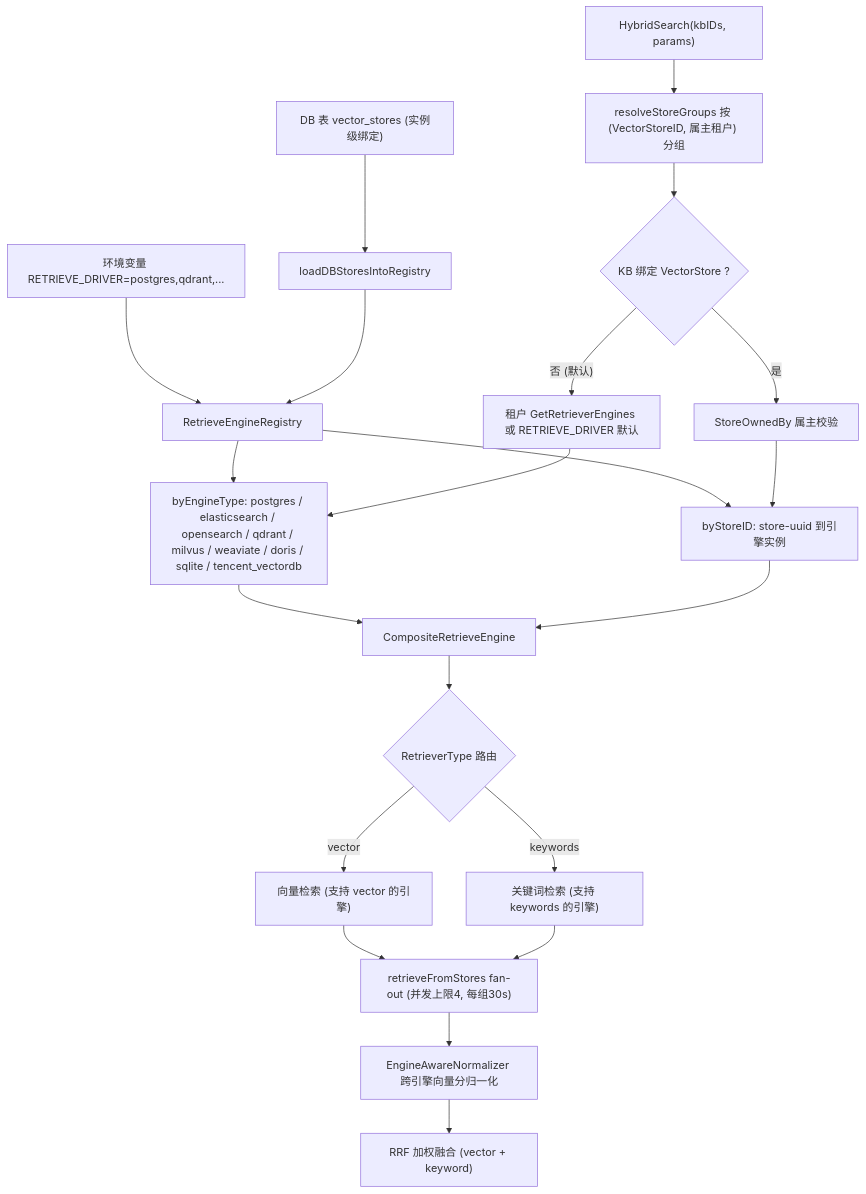
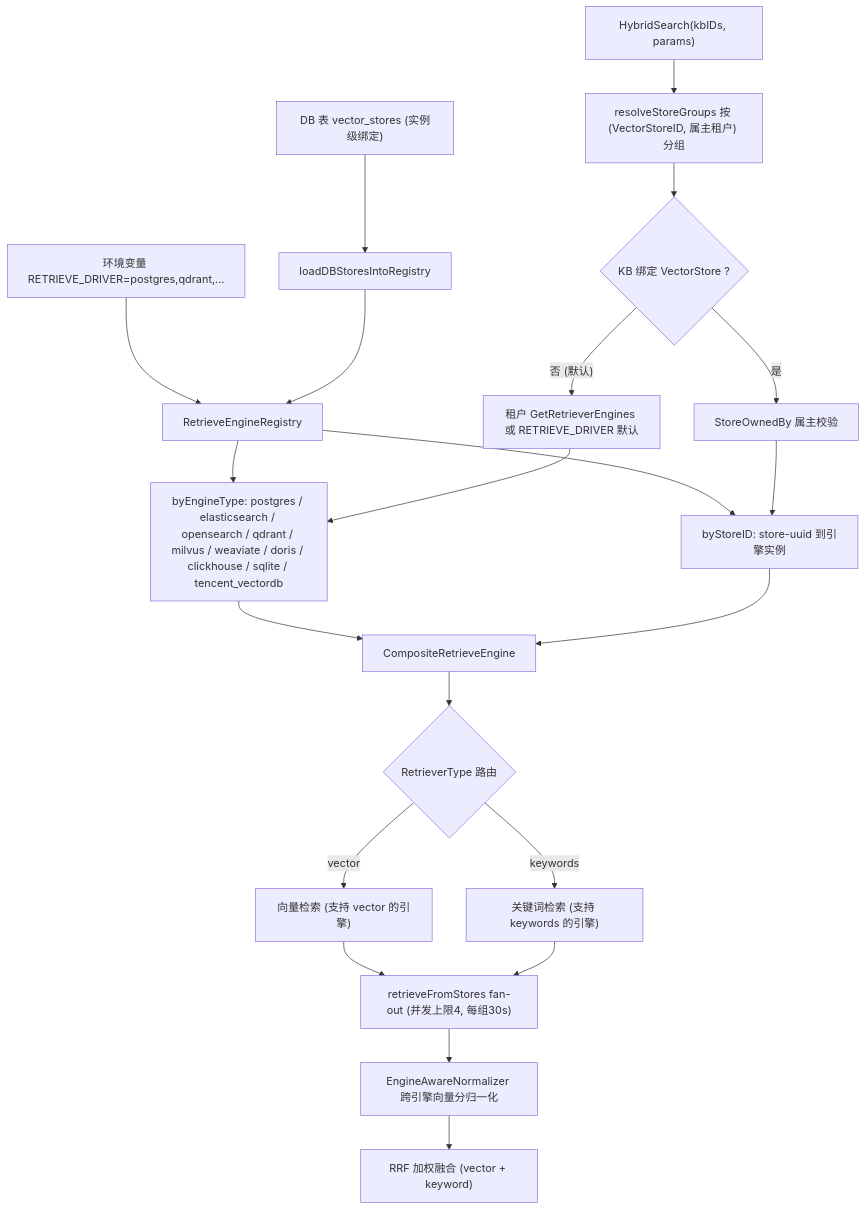
One commit to Tencent/WeKnora changed the first of 2 diagrams in website-docs/03-features/05-retrieval-engines.md. Above: the diagram before and after it, drawn with Mermaid. The commit also changed other lines of this file and 15 other files, not shown here.

````diff
--- a/website-docs/03-features/05-retrieval-engines.md
+++ b/website-docs/03-features/05-retrieval-engines.md
@@ -100,24 +102,24 @@
 ```mermaid
 flowchart TD
     ENV["环境变量 RETRIEVE_DRIVER=postgres,qdrant,..."] --> REG
     DB["DB 表 vector_stores (实例级绑定)"] --> LOAD["loadDBStoresIntoRegistry"]
     LOAD --> REG["RetrieveEngineRegistry"]
-    REG --> BET["byEngineType: postgres / elasticsearch / opensearch / qdrant / milvus / weaviate / doris / sqlite / tencent_vectordb"]
+    REG --> BET["byEngineType: postgres / elasticsearch / opensearch / qdrant / milvus / weaviate / doris / clickhouse / sqlite / tencent_vectordb"]
     REG --> BSI["byStoreID: store-uuid 到引擎实例"]
 
     Q["HybridSearch(kbIDs, params)"] --> GRP["resolveStoreGroups 按 (VectorStoreID, 属主租户) 分组"]
     GRP --> F1{"KB 绑定 VectorStore ?"}
     F1 -- "否 (默认)" --> TEN["租户 GetRetrieverEngines 或 RETRIEVE_DRIVER 默认"]
     TEN --> BET
     F1 -- "是" --> OWN["StoreOwnedBy 属主校验"]
     OWN --> BSI
     BET --> COMP["CompositeRetrieveEngine"]
     BSI --> COMP
     COMP --> RT{"RetrieverType 路由"}
     RT -- "vector" --> VE["向量检索 (支持 vector 的引擎)"]
     RT -- "keywords" --> KE["关键词检索 (支持 keywords 的引擎)"]
     VE --> FAN["retrieveFromStores fan-out (并发上限4, 每组30s)"]
     KE --> FAN
     FAN --> NORM["EngineAwareNormalizer 跨引擎向量分归一化"]
     NORM --> RRF["RRF 加权融合 (vector + keyword)"]
 ```
````
